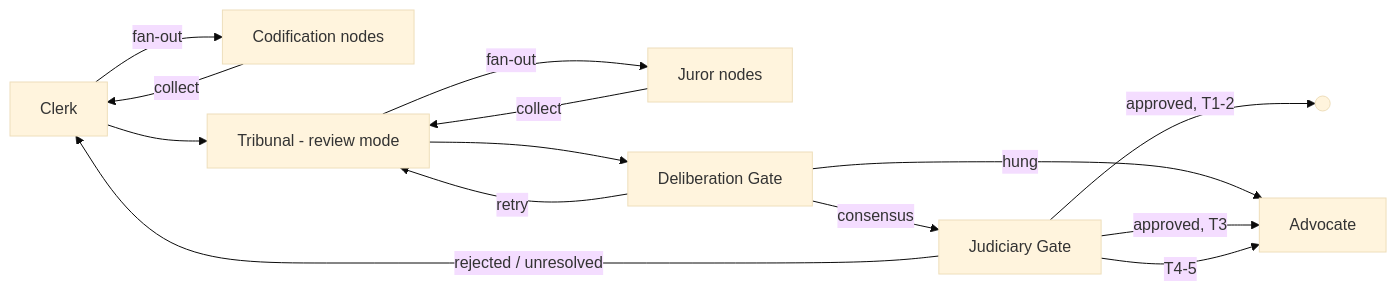
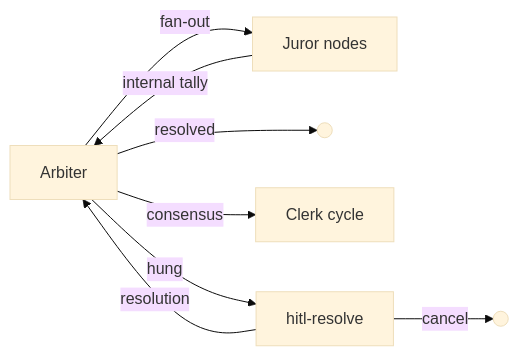
The second of 5 diagrams in specs/01-concepts/02-foundry-cycle.md (really-knows-ai/gideas), drawn with Mermaid (base theme) before and after one commit. The commit also changed other lines of this file and 28 other files, not shown here.

````diff
--- a/specs/01-concepts/02-foundry-cycle.md
+++ b/specs/01-concepts/02-foundry-cycle.md
@@ -164,17 +167,11 @@
 ```mermaid
 flowchart LR
-    Clerk -->|fan-out| Codify[Codification nodes]
-    Codify -->|collect| Clerk
-    Clerk --> Tribunal[Tribunal - review mode]
-    Tribunal -->|fan-out| Jurors[Juror nodes]
-    Jurors -->|collect| Tribunal
-    Tribunal --> DG[Deliberation Gate]
-    DG -->|consensus| JG[Judiciary Gate]
-    DG -->|retry| Tribunal
-    DG -->|hung| Advocate
+    Arbiter -->|fan-out| Jurors[Juror nodes]
+    Jurors -->|internal tally| Arbiter
 
-    JG -->|approved, T1-2| Apply(( ))
-    JG -->|rejected / unresolved| Clerk
-    JG -->|approved, T3| Advocate
-    JG -->|T4-5| Advocate
+    Arbiter -->|resolved| Complete1(( ))
+    Arbiter -->|consensus| Clerk[Clerk cycle]
+    Arbiter -->|hung| HITL[hitl-resolve]
+    HITL -->|resolution| Arbiter
+    HITL -->|cancel| Complete2(( ))
 ```
````
